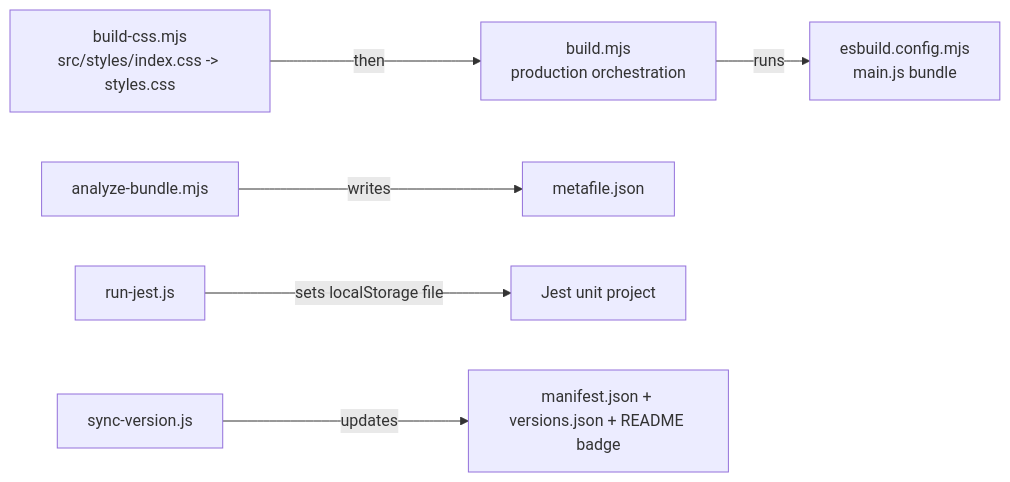
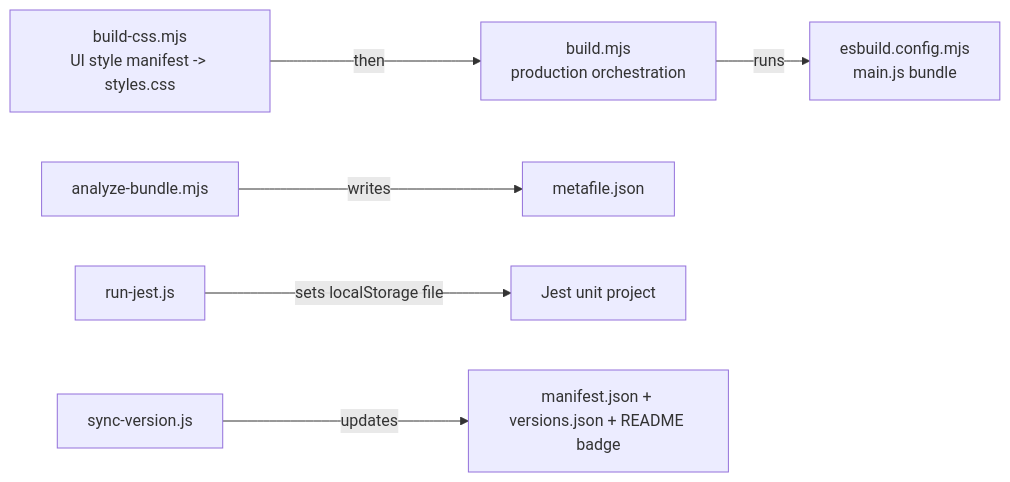
One commit to shuuul/obsidian-pivi changed the diagram in scripts/AGENTS.md. Above: the diagram before and after it, drawn with Mermaid. The commit also changed other lines of this file and 405 other files, not shown here.

````diff
--- a/scripts/AGENTS.md
+++ b/scripts/AGENTS.md
@@ -9,8 +9,8 @@
 ```mermaid
 flowchart LR
-  CSS["build-css.mjs<br/>src/styles/index.css -> styles.css"] -- "then" --> Build["build.mjs<br/>production orchestration"]
+  CSS["build-css.mjs<br/>UI style manifest -> styles.css"] -- "then" --> Build["build.mjs<br/>production orchestration"]
   Build -- "runs" --> Esbuild["esbuild.config.mjs<br/>main.js bundle"]
   Analyze["analyze-bundle.mjs"] -- "writes" --> Meta["metafile.json"]
   Jest["run-jest.js"] -- "sets localStorage file" --> Tests["Jest unit project"]
   Version["sync-version.js"] -- "updates" --> Manifest["manifest.json + versions.json + README badge"]
 ```
````
